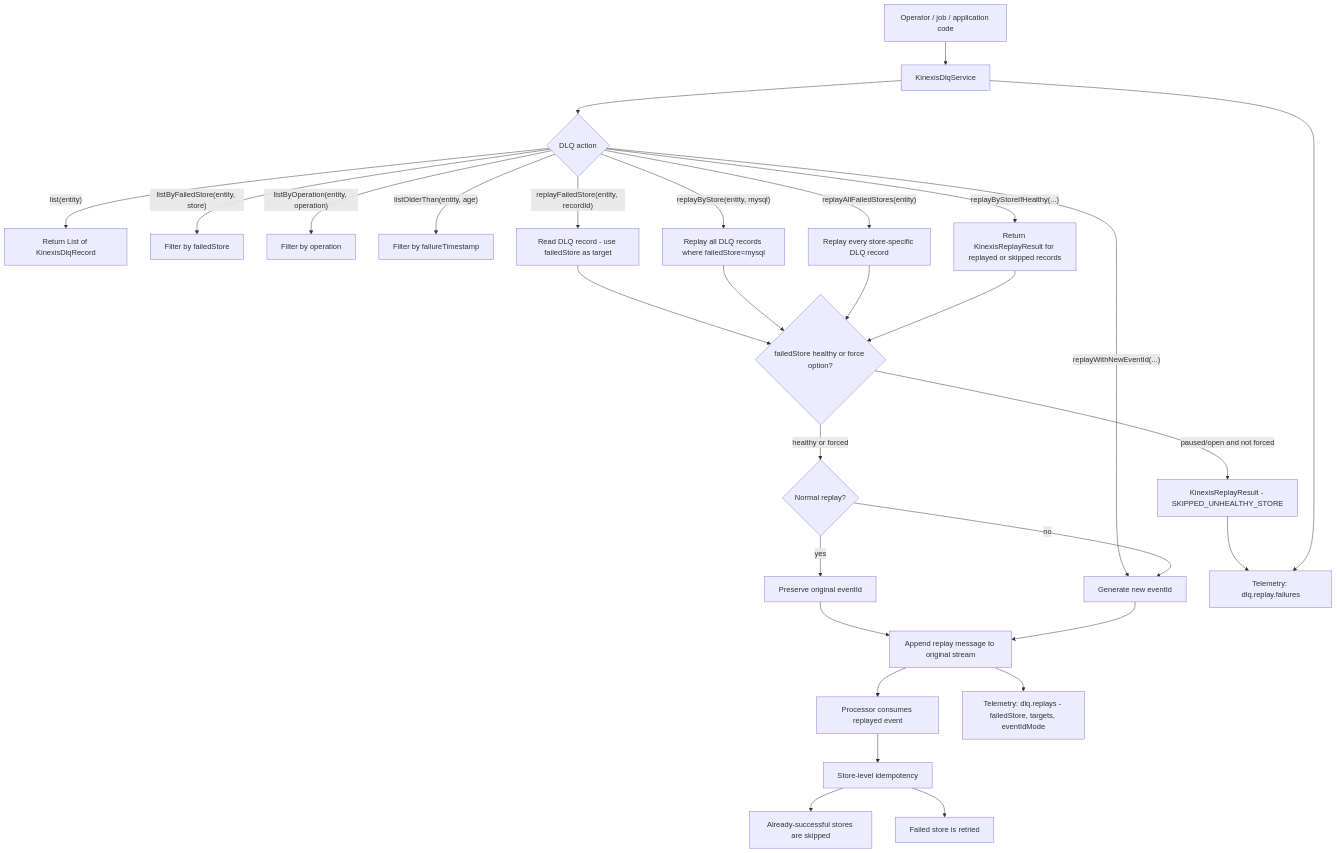
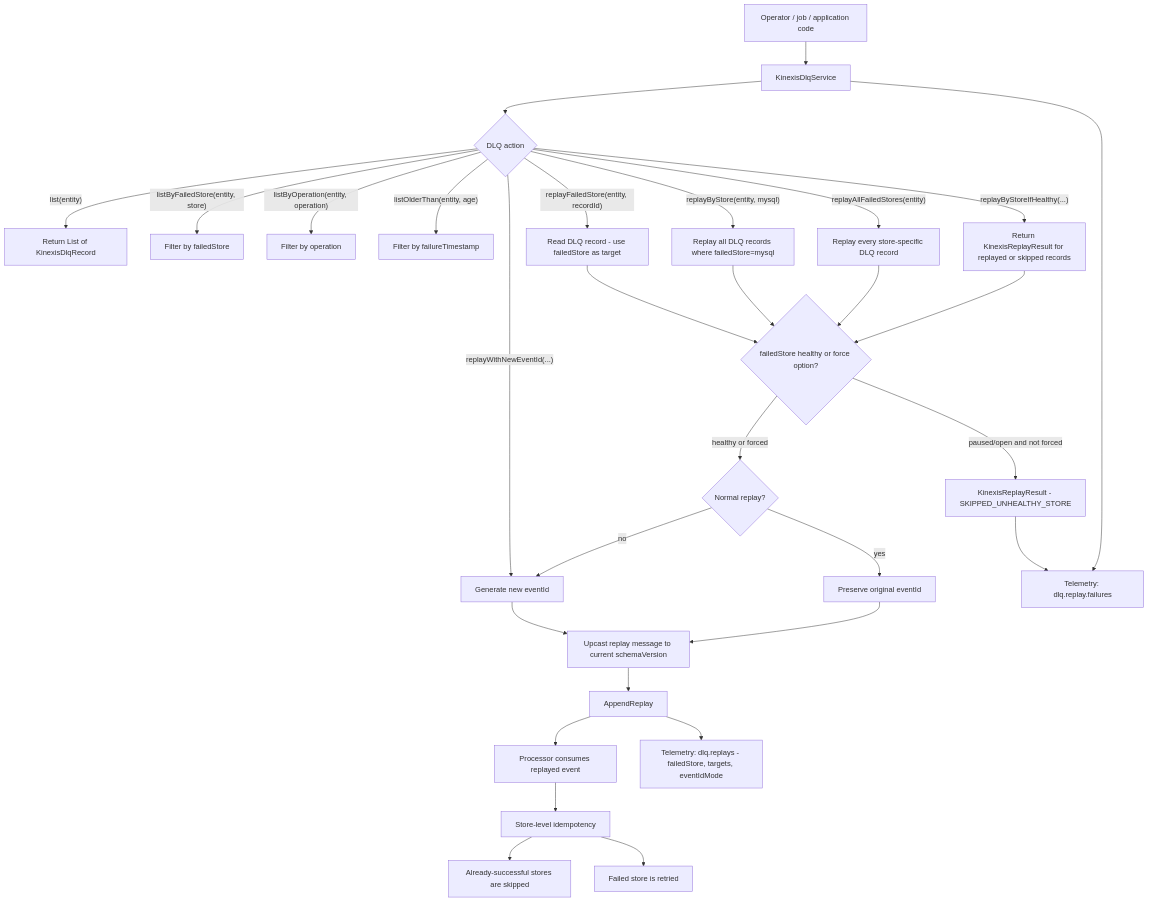
The fifth of 8 diagrams in WORKFLOWS.md (foogaro/kinexis), drawn with Mermaid before and after one commit. The commit also changed other lines of this file and 27 other files, not shown here.

````diff
--- a/WORKFLOWS.md
+++ b/WORKFLOWS.md
@@ -178,41 +184,42 @@
 ```mermaid
 graph TD
     Operator["Operator / job / application code"] --> DlqService["KinexisDlqService"]
 
     DlqService --> Query{"DLQ action"}
 
     Query -- "list(entity)" --> ListAll["Return List of KinexisDlqRecord"]
     Query -- "listByFailedStore(entity, store)" --> ListStore["Filter by failedStore"]
     Query -- "listByOperation(entity, operation)" --> ListOperation["Filter by operation"]
     Query -- "listOlderThan(entity, age)" --> ListAge["Filter by failureTimestamp"]
 
     Query -- "replayFailedStore(entity, recordId)" --> ReplayFailed["Read DLQ record - use failedStore as target"]
     Query -- "replayByStore(entity, mysql)" --> ReplayStore["Replay all DLQ records where failedStore=mysql"]
     Query -- "replayAllFailedStores(entity)" --> ReplayAll["Replay every store-specific DLQ record"]
     Query -- "replayByStoreIfHealthy(...)" --> ReplayHealthy["Return KinexisReplayResult for replayed or skipped records"]
     Query -- "replayWithNewEventId(...)" --> NewEvent["Generate new eventId"]
 
     ReplayFailed --> HealthCheck{"failedStore healthy or force option?"}
     ReplayStore --> HealthCheck
     ReplayAll --> HealthCheck
     ReplayHealthy --> HealthCheck
 
     HealthCheck -- "paused/open and not forced" --> Skipped["KinexisReplayResult - SKIPPED_UNHEALTHY_STORE"]
     HealthCheck -- "healthy or forced" --> Preserve{"Normal replay?"}
 
     Preserve -- "yes" --> SameEvent["Preserve original eventId"]
     Preserve -- "no" --> NewEvent
 
-    SameEvent --> AppendReplay["Append replay message to original stream"]
-    NewEvent --> AppendReplay
+    NewEvent --> UpcastReplay["Upcast replay message to current schemaVersion"]
+    SameEvent --> UpcastReplay
+    UpcastReplay --> AppendReplay
 
     AppendReplay --> Processor["Processor consumes replayed event"]
 
     Processor --> Idempotency["Store-level idempotency"]
     Idempotency --> SkipSucceeded["Already-successful stores are skipped"]
     Idempotency --> RetryFailedOnly["Failed store is retried"]
 
     AppendReplay --> ReplayTelemetry["Telemetry: dlq.replays - failedStore, targets, eventIdMode"]
     Skipped --> ReplayFailure
     DlqService --> ReplayFailure["Telemetry: dlq.replay.failures"]
 ```
````
